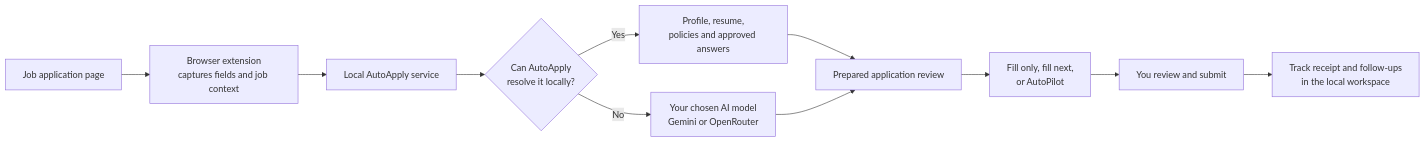
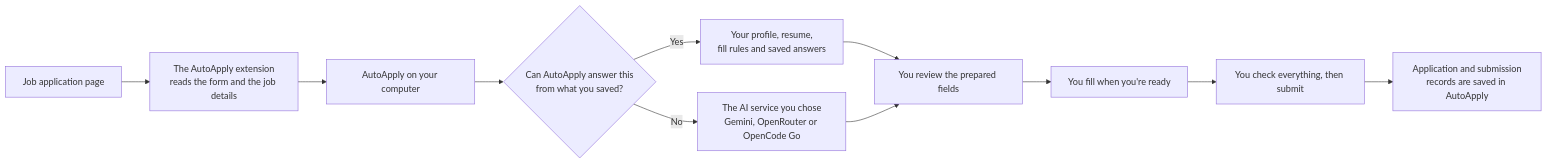
The diagram in README.md (geckguy/AutoApply), drawn with Mermaid before and after one commit. The commit also changed other lines of this file and 41 other files, not shown here.

````diff
--- a/README.md
+++ b/README.md
@@ -56,13 +60,13 @@
 ```mermaid
 flowchart LR
-    A["Job application page"] --> B["Browser extension<br/>captures fields and job context"]
-    B --> C["Local AutoApply service"]
-    C --> D{"Can AutoApply<br/>resolve it locally?"}
-    D -->|"Yes"| E["Profile, resume,<br/>policies and approved answers"]
-    D -->|"No"| F["Your chosen AI model<br/>Gemini or OpenRouter"]
-    E --> G["Prepared application review"]
+    A["Job application page"] --> B["The AutoApply extension<br/>reads the form and the job details"]
+    B --> C["AutoApply on your computer"]
+    C --> D{"Can AutoApply answer this<br/>from what you saved?"}
+    D -->|"Yes"| E["Your profile, resume,<br/>fill rules and saved answers"]
+    D -->|"No"| F["The AI service you chose<br/>Gemini, OpenRouter or OpenCode Go"]
+    E --> G["You review the prepared fields"]
     F --> G
-    G --> H["Fill only, fill next,<br/>or AutoPilot"]
-    H --> I["You review and submit"]
-    I --> J["Track receipt and follow-ups<br/>in the local workspace"]
+    G --> H["You fill when you're ready"]
+    H --> I["You check everything, then submit"]
+    I --> J["Application and submission<br/>records are saved in AutoApply"]
 ```
````
